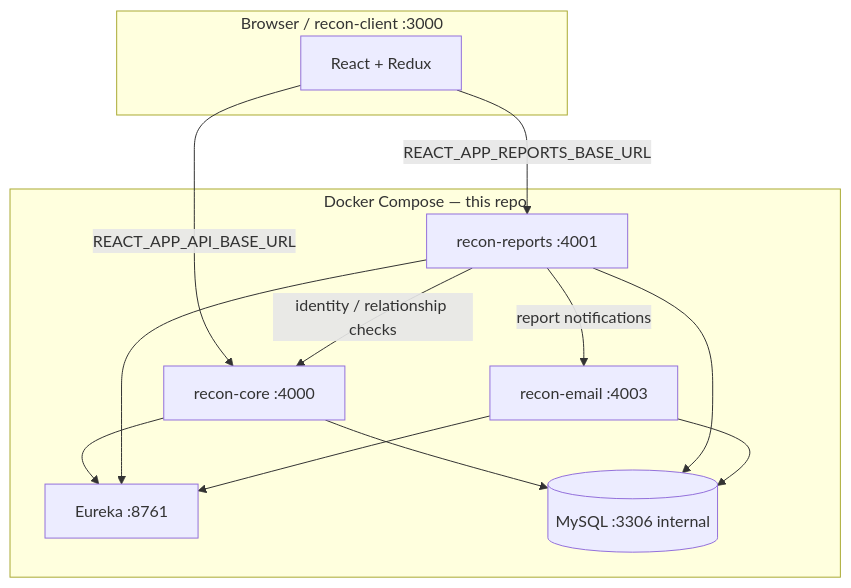
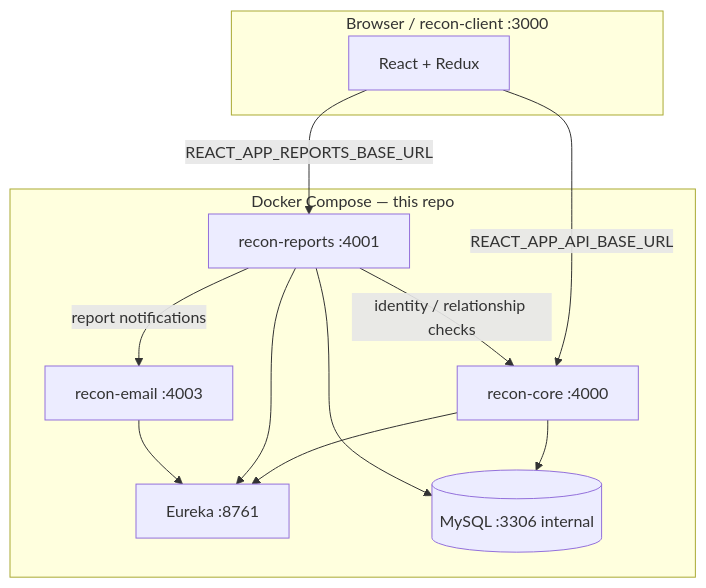
One commit to eadams98/Recon changed the diagram in README.md. Above: the diagram before and after it, drawn with Mermaid. The commit also changed other lines of this file and 4 other files, not shown here.

First line of the commit message:
docs: add architecture tradeoffs and externalize JWT secret

````diff
--- a/README.md
+++ b/README.md
@@ -38,25 +38,24 @@
 ```mermaid
 flowchart TB
   subgraph client["Browser / recon-client :3000"]
     UI[React + Redux]
   end
 
   subgraph compose["Docker Compose — this repo"]
     Eureka[Eureka :8761]
     Core[recon-core :4000]
     Reports[recon-reports :4001]
     Email[recon-email :4003]
     MySQL[(MySQL :3306 internal)]
   end
 
   UI -->|REACT_APP_API_BASE_URL| Core
   UI -->|REACT_APP_REPORTS_BASE_URL| Reports
   Core --> MySQL
   Reports --> MySQL
-  Email --> MySQL
   Core --> Eureka
   Reports --> Eureka
   Email --> Eureka
   Reports -->|identity / relationship checks| Core
   Reports -->|report notifications| Email
 ```
````
